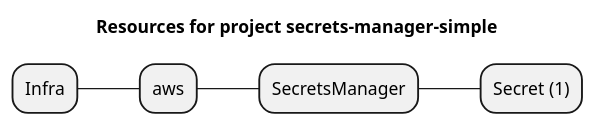
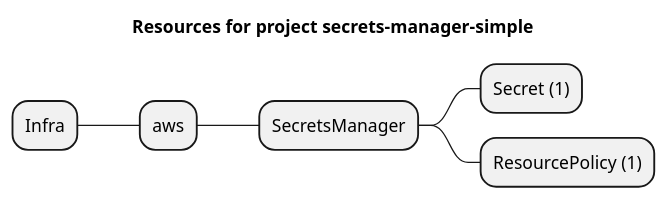
One commit to grucloud/grucloud changed the diagram in examples/aws/SecretsManager/secrets-manager-simple/artifacts/resources-mindmap.puml. Above: the diagram before and after it, drawn with PlantUML. The commit also changed 23 other files, not shown here.

Commit message:
secret resource policy

```diff
--- a/examples/aws/SecretsManager/secrets-manager-simple/artifacts/resources-mindmap.puml
+++ b/examples/aws/SecretsManager/secrets-manager-simple/artifacts/resources-mindmap.puml
@@ -1,8 +1,9 @@
 @startmindmap
 title Resources for project secrets-manager-simple
 skinparam monochrome true
 + Infra
 ++ aws
 +++ SecretsManager
 ++++ Secret (1)
+++++ ResourcePolicy (1)
 @endmindmap
```
